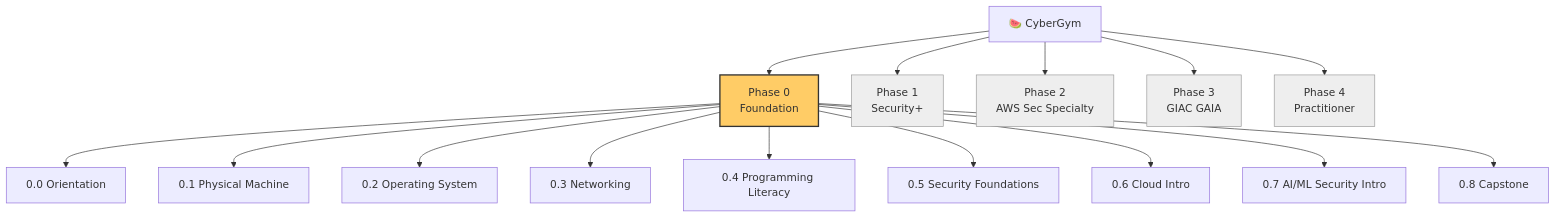
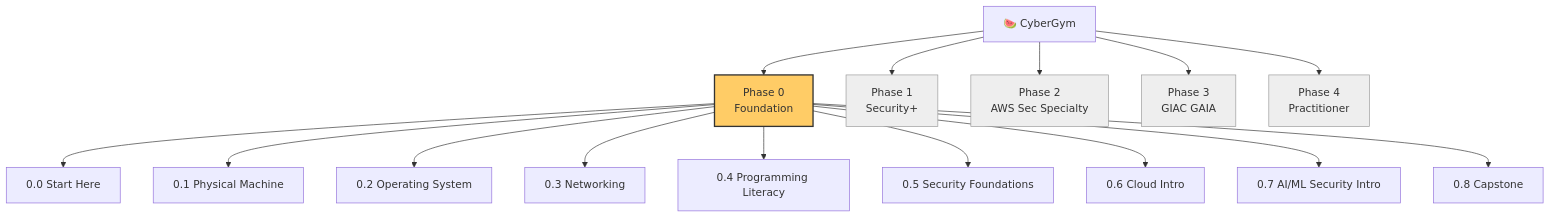
The diagram in content/00-Course-Map.md (MdAshrafulIslam1998/cybergym), drawn with Mermaid before and after one commit. The commit also changed other lines of this file and 3 other files, not shown here.

First line of the commit message:
docs: rename Chapter 0.0 from "Orientation" to "Start Here"

````diff
--- a/content/00-Course-Map.md
+++ b/content/00-Course-Map.md
@@ -21,24 +21,24 @@
 ```mermaid
 graph TD
   CG[🍉 CyberGym] --> P0[Phase 0<br/>Foundation]
   CG --> P1[Phase 1<br/>Security+]
   CG --> P2[Phase 2<br/>AWS Sec Specialty]
   CG --> P3[Phase 3<br/>GIAC GAIA]
   CG --> P4[Phase 4<br/>Practitioner]
 
-  P0 --> P0_0[0.0 Orientation]
+  P0 --> P0_0[0.0 Start Here]
   P0 --> P0_1[0.1 Physical Machine]
   P0 --> P0_2[0.2 Operating System]
   P0 --> P0_3[0.3 Networking]
   P0 --> P0_4[0.4 Programming Literacy]
   P0 --> P0_5[0.5 Security Foundations]
   P0 --> P0_6[0.6 Cloud Intro]
   P0 --> P0_7[0.7 AI/ML Security Intro]
   P0 --> P0_8[0.8 Capstone]
 
   style P0 fill:#ffcc66,stroke:#333,stroke-width:2px
   style P1 fill:#eee,stroke:#999
   style P2 fill:#eee,stroke:#999
   style P3 fill:#eee,stroke:#999
   style P4 fill:#eee,stroke:#999
 ```
````
